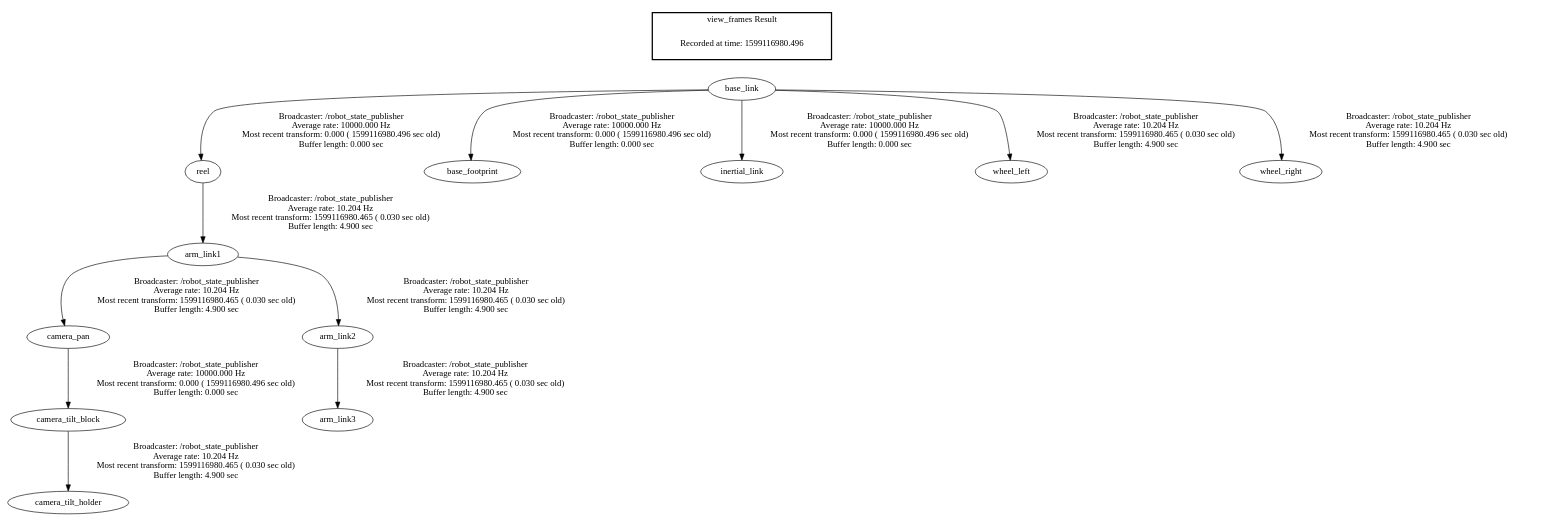
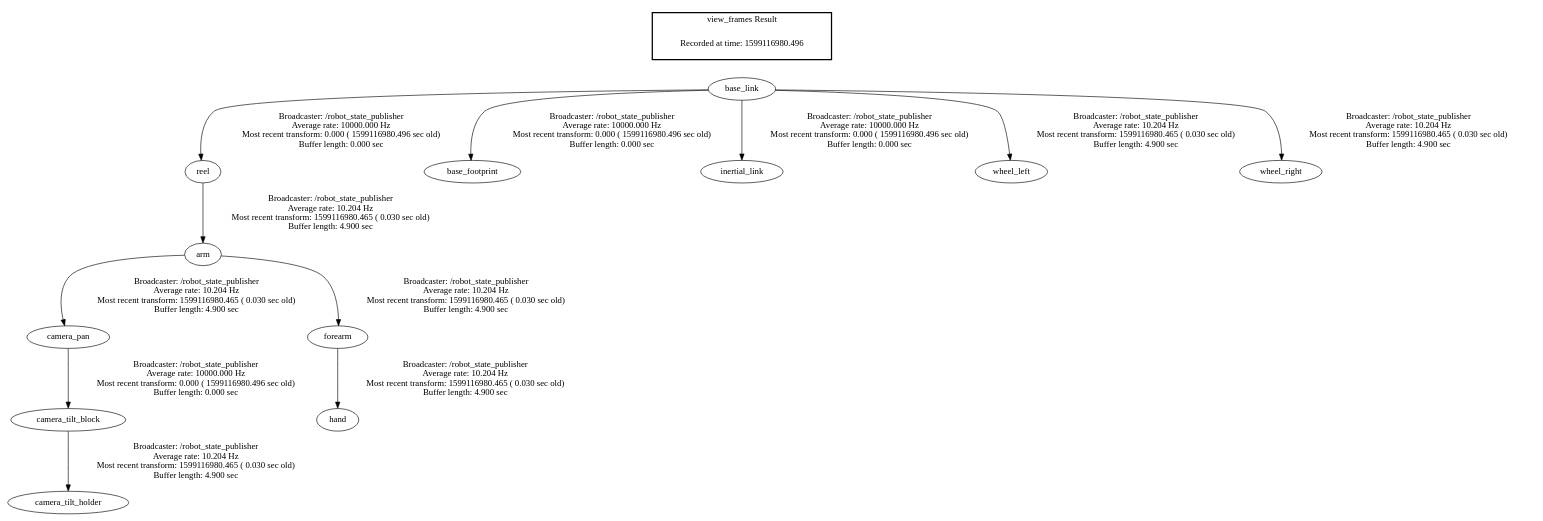
Before and after one commit to curtinrobotics/KennyEchidna: the diagram in frames.gv, drawn with Graphviz. The commit also changed 2 other files, not shown here.

```diff
--- a/frames.gv
+++ b/frames.gv
@@ -1,17 +1,17 @@
 digraph G {
 "base_link" -> "reel"[label="Broadcaster: /robot_state_publisher\nAverage rate: 10000.000 Hz\nMost recent transform: 0.000 ( 1599116980.496 sec old)\nBuffer length: 0.000 sec\n"];
 "base_link" -> "base_footprint"[label="Broadcaster: /robot_state_publisher\nAverage rate: 10000.000 Hz\nMost recent transform: 0.000 ( 1599116980.496 sec old)\nBuffer length: 0.000 sec\n"];
 "camera_pan" -> "camera_tilt_block"[label="Broadcaster: /robot_state_publisher\nAverage rate: 10000.000 Hz\nMost recent transform: 0.000 ( 1599116980.496 sec old)\nBuffer length: 0.000 sec\n"];
-"arm_link1" -> "camera_pan"[label="Broadcaster: /robot_state_publisher\nAverage rate: 10.204 Hz\nMost recent transform: 1599116980.465 ( 0.030 sec old)\nBuffer length: 4.900 sec\n"];
+"arm" -> "camera_pan"[label="Broadcaster: /robot_state_publisher\nAverage rate: 10.204 Hz\nMost recent transform: 1599116980.465 ( 0.030 sec old)\nBuffer length: 4.900 sec\n"];
 "base_link" -> "inertial_link"[label="Broadcaster: /robot_state_publisher\nAverage rate: 10000.000 Hz\nMost recent transform: 0.000 ( 1599116980.496 sec old)\nBuffer length: 0.000 sec\n"];
 "base_link" -> "wheel_left"[label="Broadcaster: /robot_state_publisher\nAverage rate: 10.204 Hz\nMost recent transform: 1599116980.465 ( 0.030 sec old)\nBuffer length: 4.900 sec\n"];
 "base_link" -> "wheel_right"[label="Broadcaster: /robot_state_publisher\nAverage rate: 10.204 Hz\nMost recent transform: 1599116980.465 ( 0.030 sec old)\nBuffer length: 4.900 sec\n"];
 "camera_tilt_block" -> "camera_tilt_holder"[label="Broadcaster: /robot_state_publisher\nAverage rate: 10.204 Hz\nMost recent transform: 1599116980.465 ( 0.030 sec old)\nBuffer length: 4.900 sec\n"];
-"reel" -> "arm_link1"[label="Broadcaster: /robot_state_publisher\nAverage rate: 10.204 Hz\nMost recent transform: 1599116980.465 ( 0.030 sec old)\nBuffer length: 4.900 sec\n"];
-"arm_link1" -> "arm_link2"[label="Broadcaster: /robot_state_publisher\nAverage rate: 10.204 Hz\nMost recent transform: 1599116980.465 ( 0.030 sec old)\nBuffer length: 4.900 sec\n"];
-"arm_link2" -> "arm_link3"[label="Broadcaster: /robot_state_publisher\nAverage rate: 10.204 Hz\nMost recent transform: 1599116980.465 ( 0.030 sec old)\nBuffer length: 4.900 sec\n"];
+"reel" -> "arm"[label="Broadcaster: /robot_state_publisher\nAverage rate: 10.204 Hz\nMost recent transform: 1599116980.465 ( 0.030 sec old)\nBuffer length: 4.900 sec\n"];
+"arm" -> "forearm"[label="Broadcaster: /robot_state_publisher\nAverage rate: 10.204 Hz\nMost recent transform: 1599116980.465 ( 0.030 sec old)\nBuffer length: 4.900 sec\n"];
+"forearm" -> "hand"[label="Broadcaster: /robot_state_publisher\nAverage rate: 10.204 Hz\nMost recent transform: 1599116980.465 ( 0.030 sec old)\nBuffer length: 4.900 sec\n"];
 edge [style=invis];
  subgraph cluster_legend { style=bold; color=black; label ="view_frames Result";
 "Recorded at time: 1599116980.496"[ shape=plaintext ] ;
  }->"base_link";
 }
```
